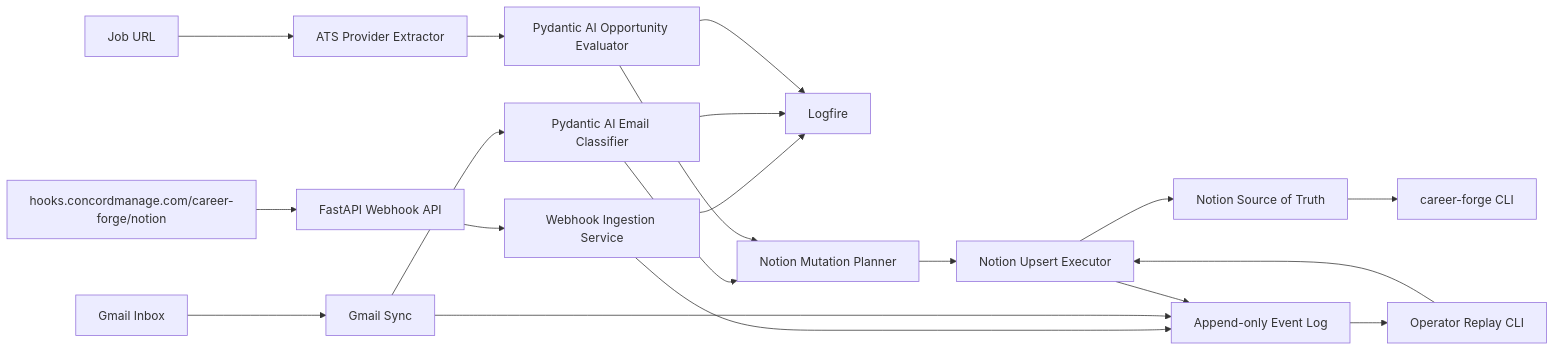
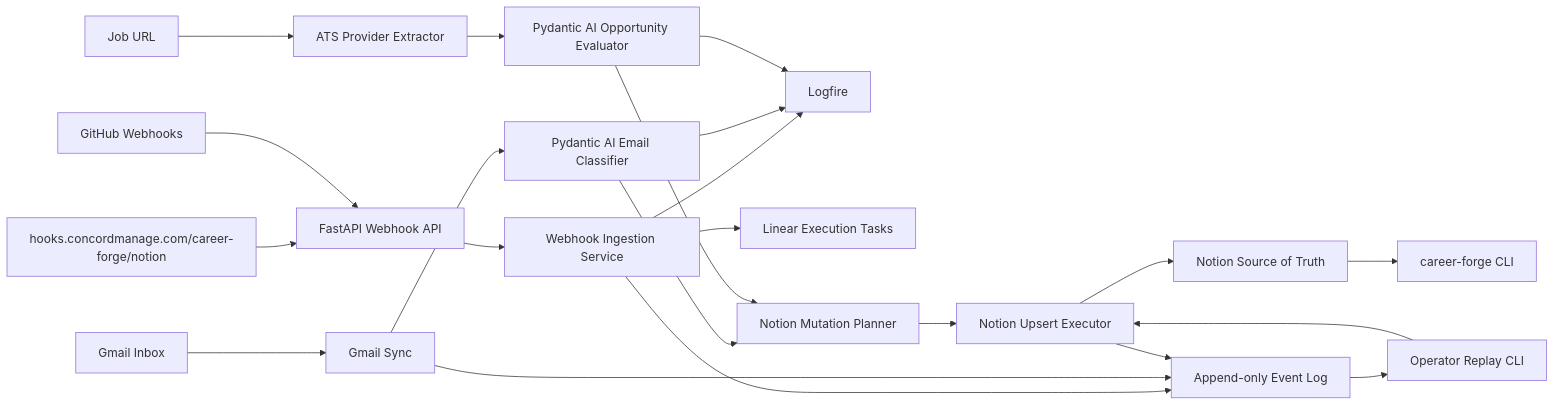
One commit to dillon-barendt/career-forge changed the diagram in README.md. Above: the diagram before and after it, drawn with Mermaid. The commit also changed other lines of this file and 18 other files, not shown here.

````diff
--- a/README.md
+++ b/README.md
@@ -42,22 +46,24 @@
 ```mermaid
 flowchart LR
     Gmail["Gmail Inbox"] --> GmailSync["Gmail Sync"]
     GmailSync --> EmailAI["Pydantic AI Email Classifier"]
     JobURL["Job URL"] --> ATS["ATS Provider Extractor"]
     Hook["hooks.concordmanage.com/career-forge/notion"] --> WebhookAPI["FastAPI Webhook API"]
+    GitHub["GitHub Webhooks"] --> WebhookAPI
     WebhookAPI --> WebhookService["Webhook Ingestion Service"]
     WebhookService --> Events
     WebhookService --> Logfire
+    WebhookService --> Linear["Linear Execution Tasks"]
     ATS --> OppAI["Pydantic AI Opportunity Evaluator"]
     EmailAI --> Planner["Notion Mutation Planner"]
     OppAI --> Planner
     Events --> Replay["Operator Replay CLI"]
     Replay --> Executor
     Planner --> Executor["Notion Upsert Executor"]
     Executor --> Notion["Notion Source of Truth"]
     GmailSync --> Events["Append-only Event Log"]
     Executor --> Events
     EmailAI --> Logfire["Logfire"]
     OppAI --> Logfire
     Notion --> CLI["career-forge CLI"]
 ```
````
